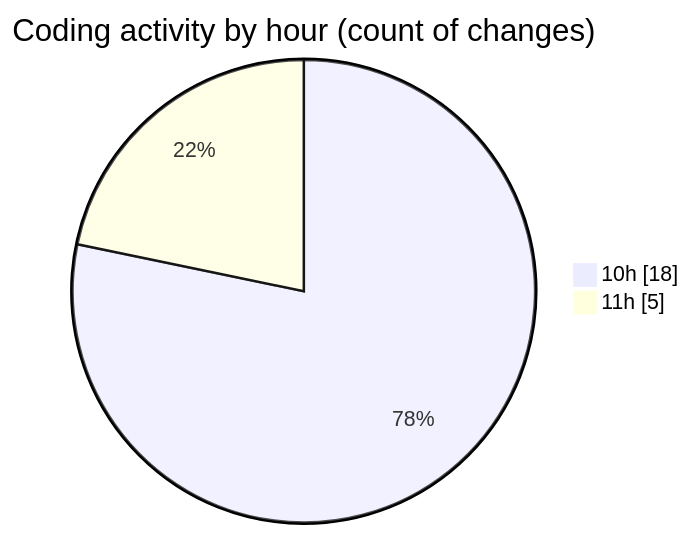
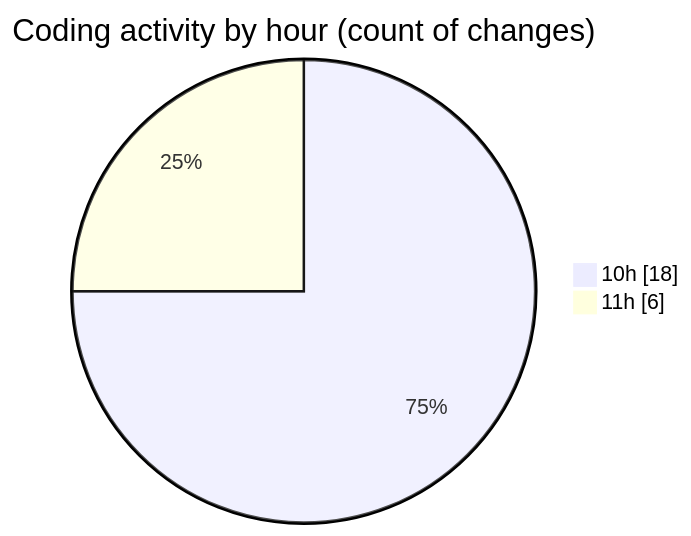
One commit to igalym/code-tracking changed the second of 2 diagrams in 2026-01-06/budget_front_nest/README.md. Above: the diagram before and after it, drawn with Mermaid. The commit also changed other lines of this file and 1 other file, not shown here.

````diff
--- a/2026-01-06/budget_front_nest/README.md
+++ b/2026-01-06/budget_front_nest/README.md
@@ -34,6 +34,6 @@
 ```mermaid
 pie showData
 title Coding activity by hour (count of changes)
 "10h" : 18
-"11h" : 5
+"11h" : 6
 ```
````
